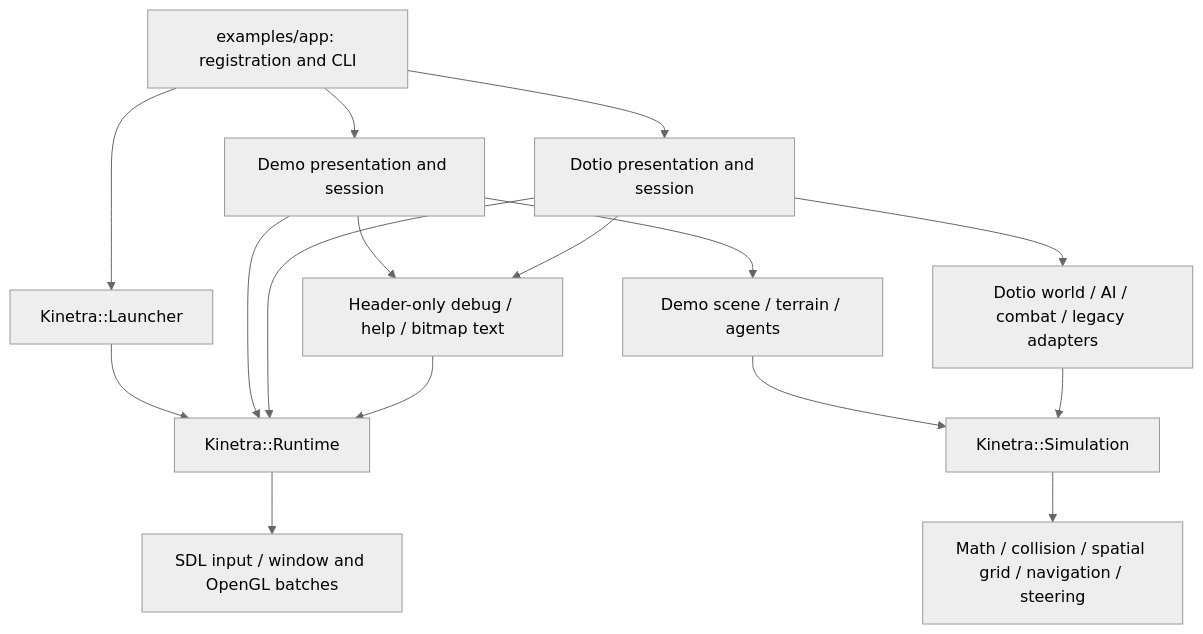
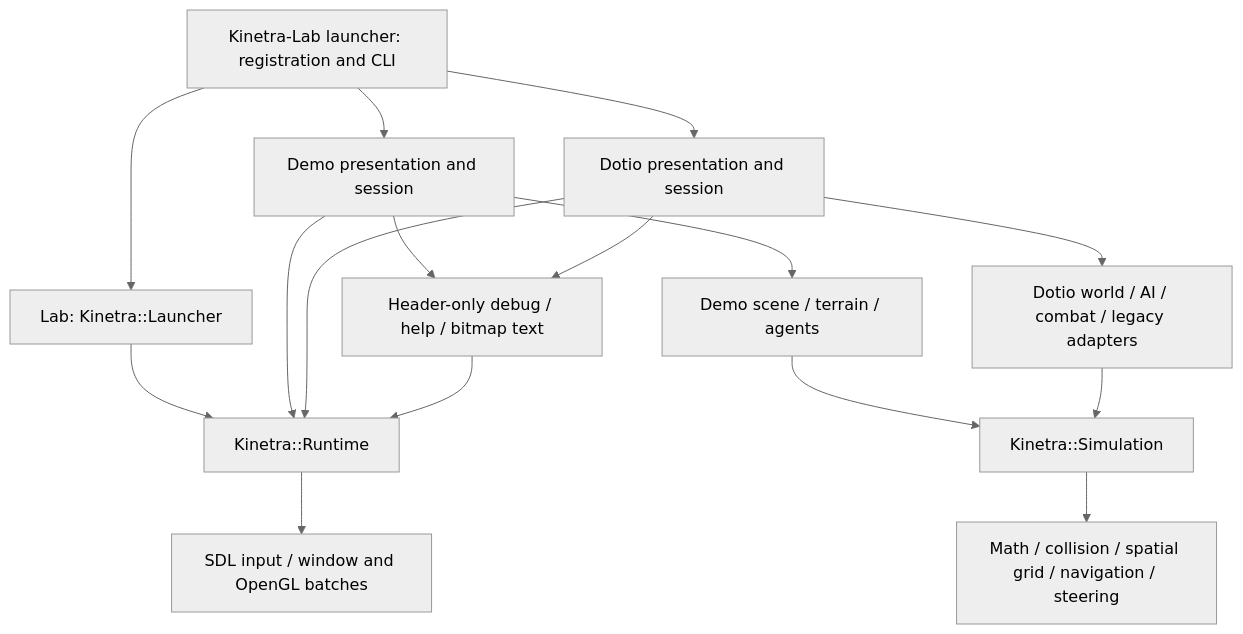
One commit to SMB-M87/Kinetra changed the second of 4 diagrams in docs/architecture.md. Above: the diagram before and after it, drawn with Mermaid (neutral theme). The commit also changed other lines of this file and 95 other files, not shown here.

Commit message:
refactor: separate Kinetra core from Lab applications

````diff
--- a/docs/architecture.md
+++ b/docs/architecture.md
@@ -30,18 +30,18 @@
 ```mermaid
 flowchart TD
-    App[examples/app: registration and CLI] --> Demo[Demo presentation and session]
+    App[Kinetra-Lab launcher: registration and CLI] --> Demo[Demo presentation and session]
     App --> Dotio[Dotio presentation and session]
-    App --> Launcher[Kinetra::Launcher]
+    App --> Launcher[Lab: Kinetra::Launcher]
     Launcher --> Runtime[Kinetra::Runtime]
     Demo --> Runtime
     Dotio --> Runtime
     Demo --> DemoPolicy[Demo scene / terrain / agents]
     Dotio --> DotioPolicy[Dotio world / AI / combat / legacy adapters]
     DemoPolicy --> Sim[Kinetra::Simulation]
     DotioPolicy --> Sim
     Sim --> Headless[Math / collision / spatial grid / navigation / steering]
     Demo --> UI[Header-only debug / help / bitmap text]
     Dotio --> UI
     UI --> Runtime
     Runtime --> Platform[SDL input / window and OpenGL batches]
 ```
````
